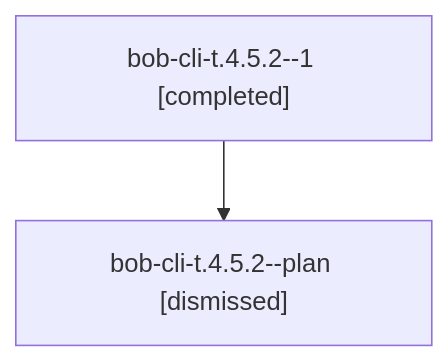
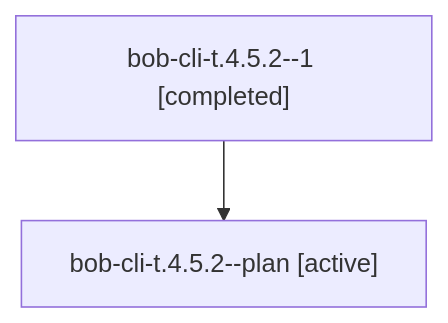
The diagram in families/bbugyi200.athena.bob-cli-t.4.5.2.md (bobs-org/bob-cli--agents), drawn with Mermaid before and after one commit. The commit also changed other lines of this file and 1279 other files, not shown here.

````diff
--- a/families/bbugyi200.athena.bob-cli-t.4.5.2.md
+++ b/families/bbugyi200.athena.bob-cli-t.4.5.2.md
@@ -9,6 +9,6 @@
 ```mermaid
 flowchart TD
   n0["bob-cli-t.4.5.2--1 [completed]"]
-  n1["bob-cli-t.4.5.2--plan [dismissed]"]
+  n1["bob-cli-t.4.5.2--plan [active]"]
   n0 --> n1
 ```
````
